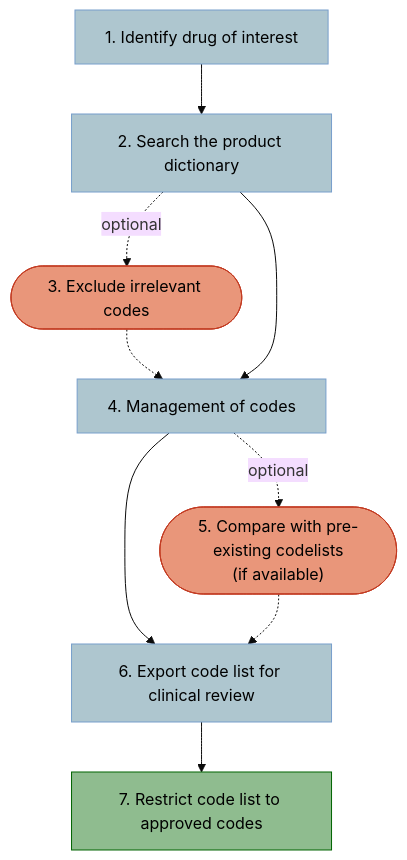
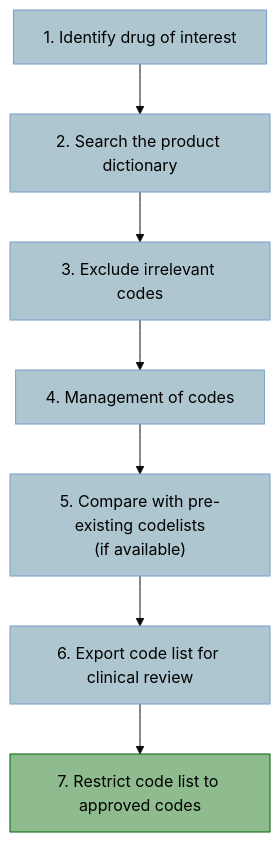
The diagram in README.md (NHLI-Respiratory-Epi/drug-codelist-creation), drawn with Mermaid (base theme) before and after one commit.

Commit message:
Update README.md
simple flowchart

````diff
--- a/README.md
+++ b/README.md
@@ -27,22 +27,19 @@
 ```mermaid
 flowchart TD
     A[1. Identify drug of interest] --> B[2. Search the product dictionary]
-    B -. optional .-> C([3. Exclude irrelevant codes])
-    C -.-> D
-    B --> D[4. Management of codes]
-    D -. optional .-> E(["5. Compare with pre-existing codelists
-(if available)"])
-    D --> F
-    E -.-> F[6. Export code list for clinical review]
+    B --> C[3. Exclude irrelevant codes]
+    C --> D[4. Management of codes]
+    D --> E["5. Compare with pre-existing codelists
+(if available)"]
+    E --> F[6. Export code list for clinical review]
     F --> G[7. Restrict code list to approved codes]
     A:::step
     B:::step
-    C:::optional
+    C:::step
     D:::step
-    E:::optional
+    E:::step
     F:::step
     G:::final
     classDef step color:black, fill:#aec6cf, stroke:#779ecb
-    classDef optional color:black, fill:#e9967a, stroke:#c23b22
     classDef final color:black, fill:#8fbc8f, stroke:#006400
 ```
````
